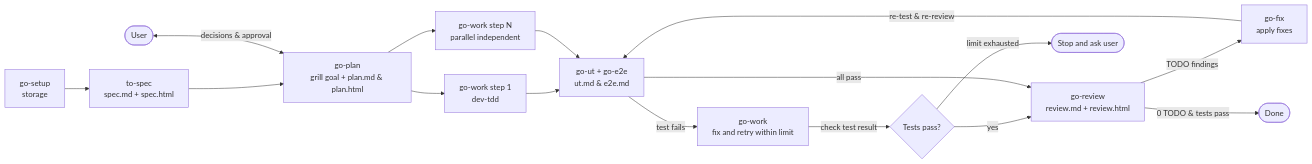
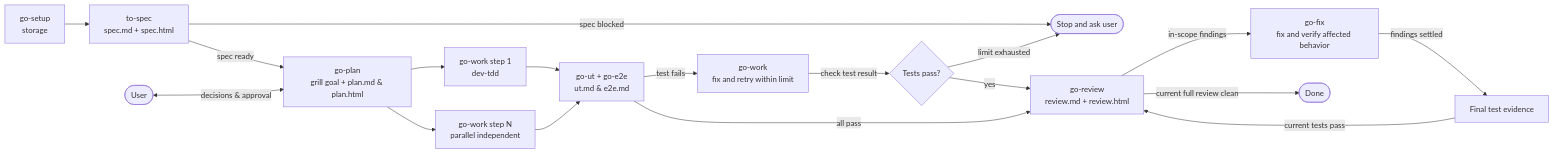
Before and after one commit to le0u0/just-do-it: the diagram in skills/go-flow/SKILL.md, drawn with Mermaid. The commit also changed other lines of this file and 30 other files, not shown here.

````diff
--- a/skills/go-flow/SKILL.md
+++ b/skills/go-flow/SKILL.md
@@ -12,18 +12,20 @@
 ```mermaid
 flowchart LR
     S[go-setup<br/>storage] --> R[to-spec<br/>spec.md + spec.html]
-    R --> P[go-plan<br/>grill goal + plan.md & plan.html]
+    R -->|spec ready| P[go-plan<br/>grill goal + plan.md & plan.html]
+    R -->|spec blocked| Stop
     U([User]) <-->|decisions & approval| P
     P --> W1[go-work step 1<br/>dev-tdd]
     P --> W2[go-work step N<br/>parallel independent]
     W1 --> T[go-ut + go-e2e<br/>ut.md & e2e.md]
     W2 --> T
     T -->|test fails| X[go-work<br/>fix and retry within limit]
     X -->|check test result| Q{Tests pass?}
     Q -->|yes| V
     Q -->|limit exhausted| Stop([Stop and ask user])
     T -->|all pass| V[go-review<br/>review.md + review.html]
-    V -->|TODO findings| F[go-fix<br/>apply fixes]
-    F -->|re-test & re-review| T
-    V -->|0 TODO & tests pass| D([Done])
+    V -->|in-scope findings| F[go-fix<br/>fix and verify affected behavior]
+    F -->|findings settled| C[Final test evidence]
+    C -->|current tests pass| V
+    V -->|current full review clean| D([Done])
 ```
````
